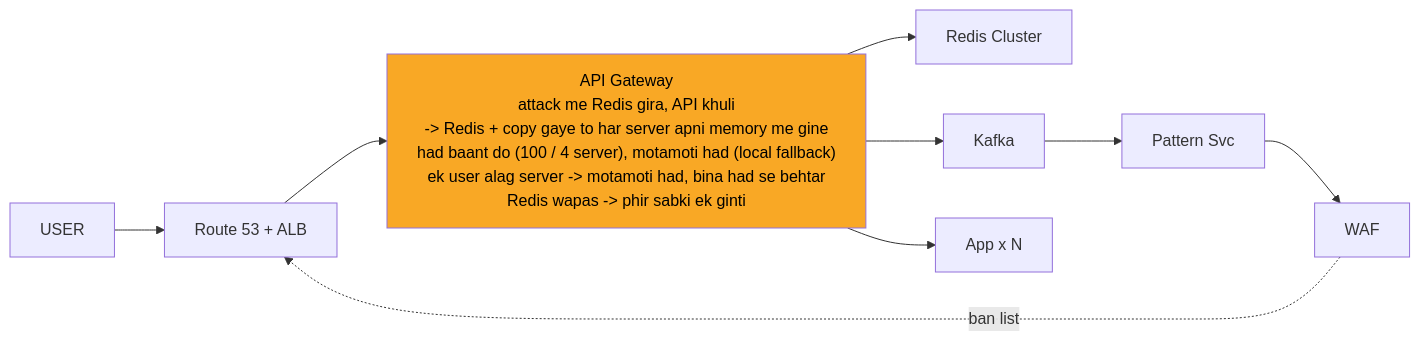
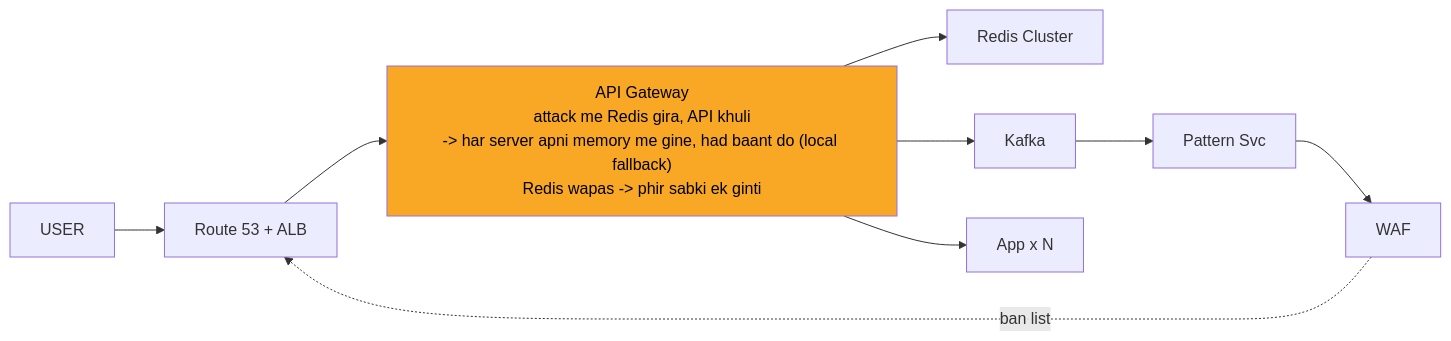
The diagram in 04_HLD/SYSTEM_DESIGNS/02_rate_limiter/img/c8.mmd (ArpanMaheshwari144/Prep), drawn with Mermaid before and after one commit. The commit also changed 64 other files, not shown here.

```diff
--- a/04_HLD/SYSTEM_DESIGNS/02_rate_limiter/img/c8.mmd
+++ b/04_HLD/SYSTEM_DESIGNS/02_rate_limiter/img/c8.mmd
@@ -1,19 +1,19 @@
 %%{init: {"flowchart": {"wrappingWidth": 450}}}%%
 flowchart LR
     n_USER["USER"]
     n_EDGE["Route 53 + ALB"]
-    n_API_Gateway["API Gateway<br/>attack me Redis gira, API khuli<br/>-> Redis + copy gaye to har server apni memory me gine<br/>had baant do (100 / 4 server), motamoti had (local fallback)<br/>ek user alag server -> motamoti had, bina had se behtar<br/>Redis wapas -> phir sabki ek ginti"]
+    n_API_Gateway["API Gateway<br/>attack me Redis gira, API khuli<br/>-> har server apni memory me gine, had baant do (local fallback)<br/>Redis wapas -> phir sabki ek ginti"]
     n_Redis_Cluster["Redis Cluster"]
     n_Kafka["Kafka"]
     n_Pattern_Svc["Pattern Svc"]
     n_WAF["WAF"]
     n_App_xN["App x N"]
     n_EDGE --> n_API_Gateway
     n_API_Gateway --> n_Redis_Cluster
     n_API_Gateway --> n_App_xN
     n_Kafka --> n_Pattern_Svc
     n_Pattern_Svc --> n_WAF
     n_API_Gateway --> n_Kafka
     n_USER --> n_EDGE
     n_WAF -.->|ban list| n_EDGE
     style n_API_Gateway fill:#f9a825,color:#000
```
